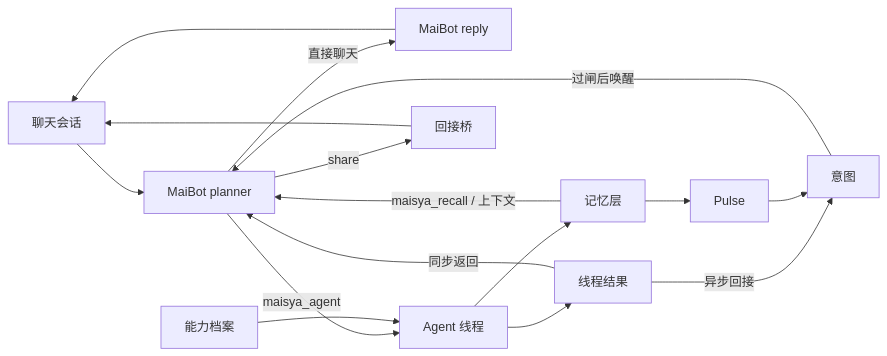
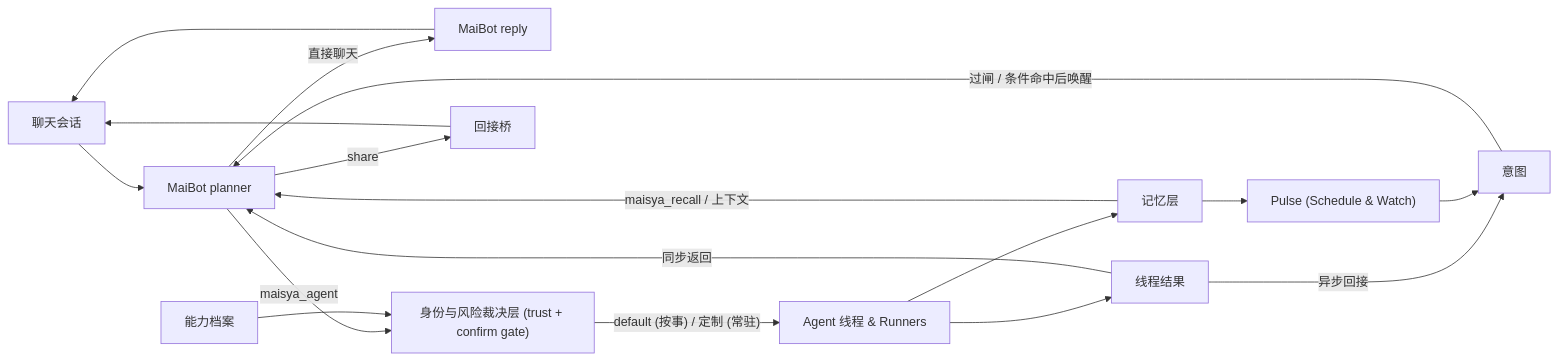
One commit to CharTyr/Maisya changed the diagram in docs/01-架构蓝图.md. Above: the diagram before and after it, drawn with Mermaid. The commit also changed other lines of this file and 8 other files, not shown here.

````diff
--- a/docs/01-架构蓝图.md
+++ b/docs/01-架构蓝图.md
@@ -18,18 +18,19 @@
 ```mermaid
 flowchart LR
     Chat["聊天会话"] --> Planner["MaiBot planner"]
     Planner -->|"直接聊天"| Reply["MaiBot reply"]
-    Planner -->|"maisya_agent"| Thread["Agent 线程"]
-    Profile["能力档案"] --> Thread
+    Planner -->|"maisya_agent"| Gate["身份与风险裁决层 (trust + confirm gate)"]
+    Profile["能力档案"] --> Gate
+    Gate -->|"default (按事) / 定制 (常驻)"| Thread["Agent 线程 & Runners"]
     Thread --> Result["线程结果"]
     Thread --> Memory["记忆层"]
     Memory -->|"maisya_recall / 上下文"| Planner
     Result -->|"同步返回"| Planner
     Result -->|"异步回接"| Intent["意图"]
-    Memory --> Pulse["Pulse"]
+    Memory --> Pulse["Pulse (Schedule & Watch)"]
     Pulse --> Intent
-    Intent -->|"过闸后唤醒"| Planner
+    Intent -->|"过闸 / 条件命中后唤醒"| Planner
     Planner -->|"share"| Bridge["回接桥"]
     Bridge --> Chat
     Reply --> Chat
 ```
````
